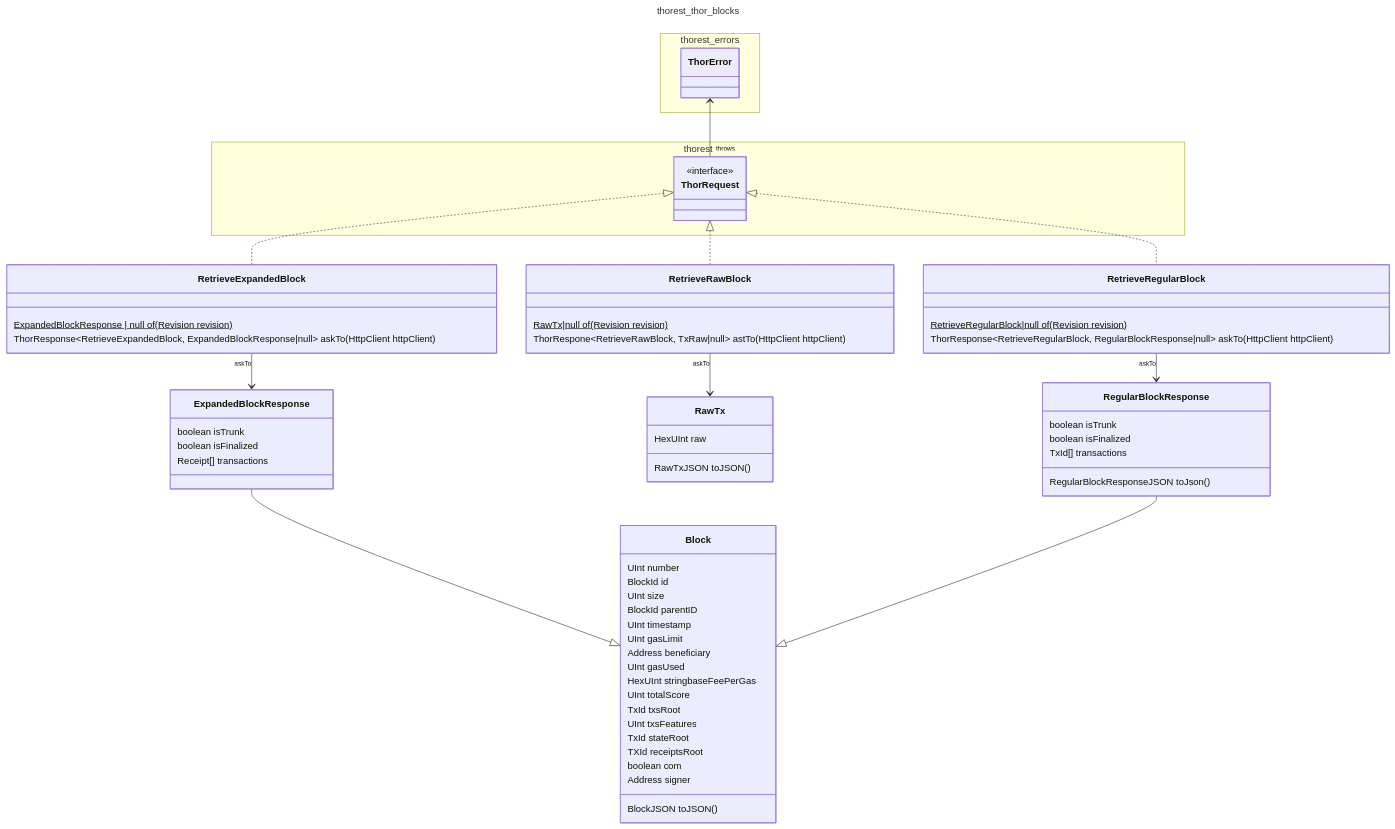
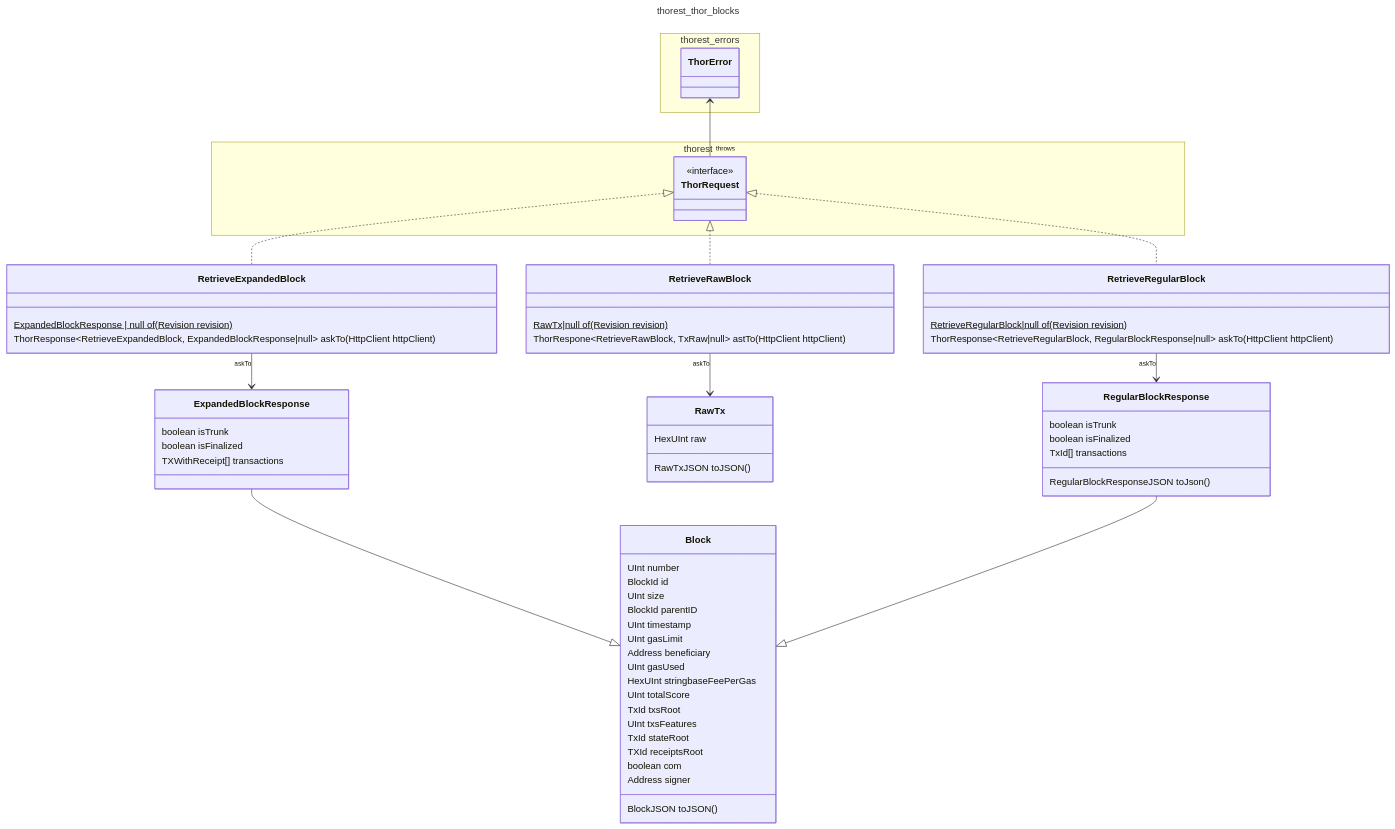
The diagram in docs/thorest/thor/blocks/blocks.mmd (vechain/vechain-sdk-js), drawn with Mermaid before and after one commit. The commit also changed 22 other files, not shown here.

```diff
--- a/docs/thorest/thor/blocks/blocks.mmd
+++ b/docs/thorest/thor/blocks/blocks.mmd
@@ -1,67 +1,67 @@
 ---
 title: thorest_thor_blocks
 ---
 classDiagram
     namespace thorest {
         class ThorRequest {
             <<interface>>
         }
     }
     namespace thorest_errors {
         class ThorError
     }
     class Block {
         UInt number
         BlockId id
         UInt size
         BlockId parentID
         UInt timestamp
         UInt gasLimit
         Address beneficiary
         UInt gasUsed
         HexUInt stringbaseFeePerGas
         UInt totalScore
         TxId txsRoot
         UInt txsFeatures
         TxId stateRoot
         TXId receiptsRoot
         boolean com
         Address signer
         BlockJSON toJSON()
     }
     class ExpandedBlockResponse {
         boolean isTrunk
         boolean isFinalized
-        Receipt[] transactions
+        TXWithReceipt[] transactions
     }
     class RawTx {
         HexUInt raw
         RawTxJSON toJSON()
     }
     class RegularBlockResponse {
         boolean isTrunk
         boolean isFinalized
         TxId[]  transactions
         RegularBlockResponseJSON toJson()
     }
     class RetrieveExpandedBlock {
         ExpandedBlockResponse | null of(Revision revision)$
         ThorResponse~RetrieveExpandedBlock, ExpandedBlockResponse|null~ askTo(HttpClient httpClient)
     }
     class RetrieveRawBlock {
         RawTx|null of(Revision revision)$
         ThorRespone~RetrieveRawBlock, TxRaw|null~ astTo(HttpClient httpClient)
     }
     class RetrieveRegularBlock {
         RetrieveRegularBlock|null of(Revision revision)$
         ThorResponse~RetrieveRegularBlock, RegularBlockResponse|null~ askTo(HttpClient httpClient)
     }
     ThorRequest <|.. RetrieveExpandedBlock
     ThorRequest <|.. RetrieveRawBlock
     ThorRequest <|.. RetrieveRegularBlock
     ExpandedBlockResponse --|> Block
     RegularBlockResponse --|> Block
     RetrieveExpandedBlock "askTo" --> ExpandedBlockResponse
     RetrieveRawBlock "askTo" --> RawTx
     RetrieveRegularBlock "askTo" --> RegularBlockResponse
     ThorError <-- "throws" ThorRequest
```
